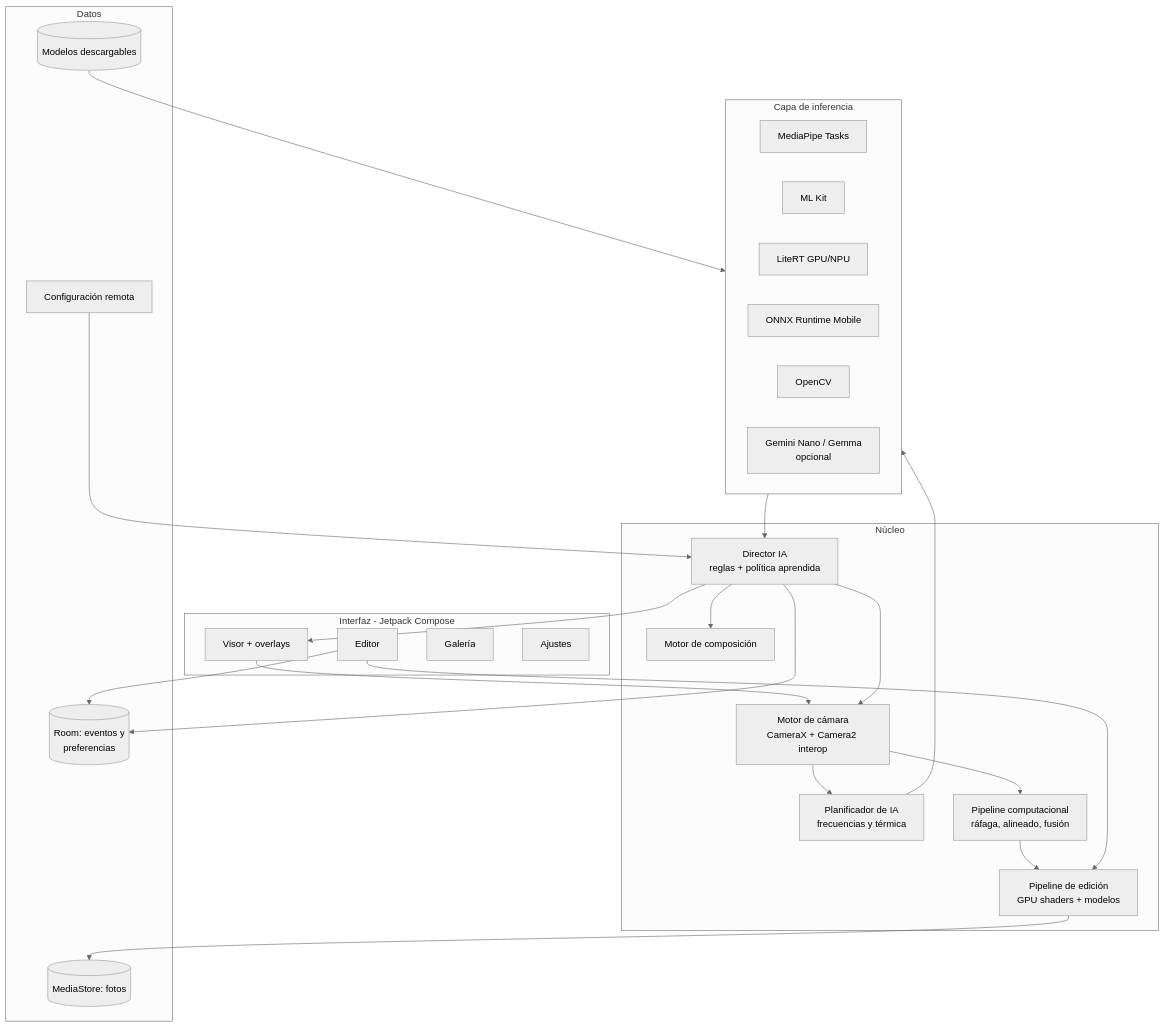
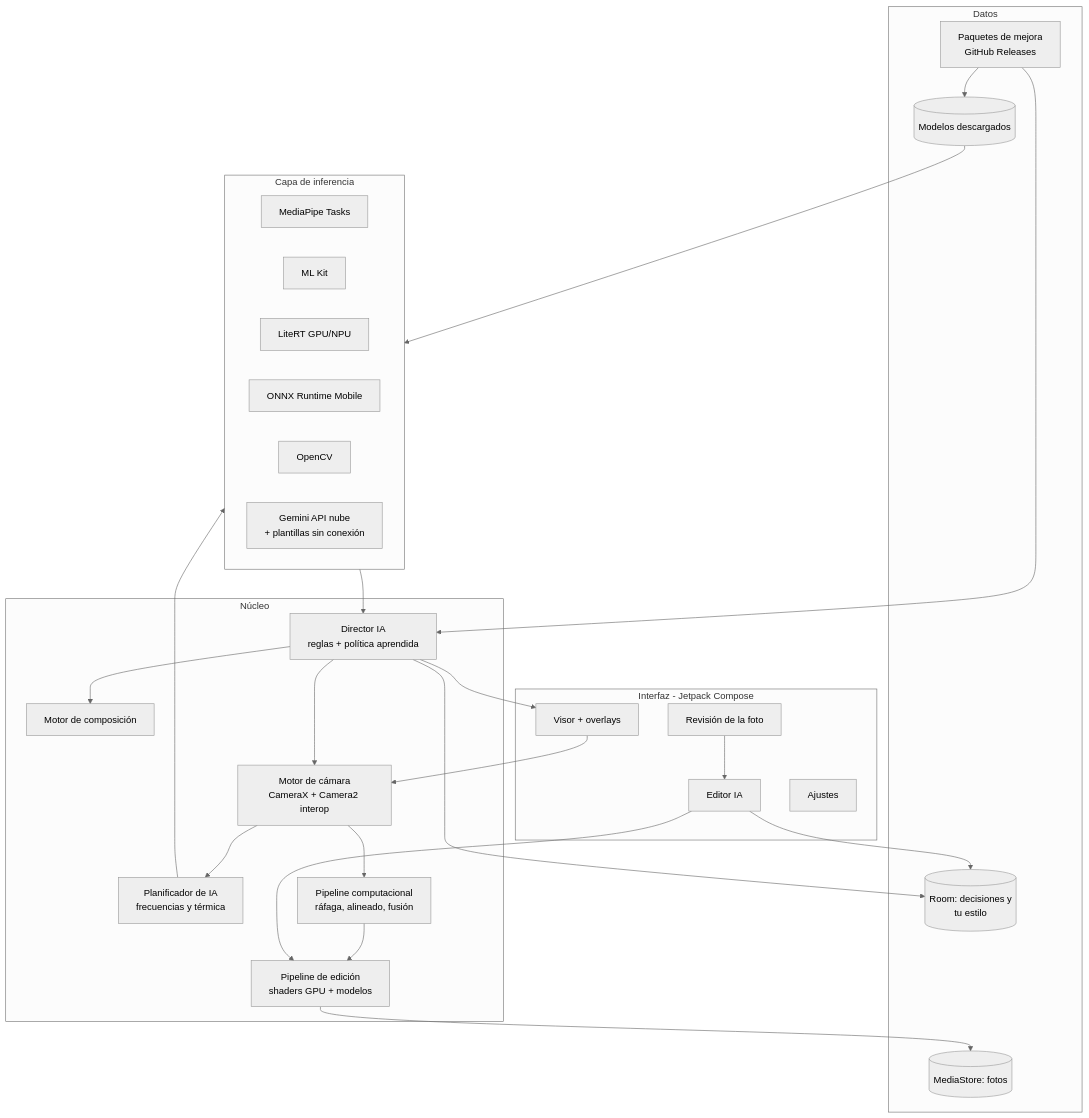
One commit to oscarmate936/IA-C-mara- changed the second of 2 diagrams in docs/PLAN.md. Above: the diagram before and after it, drawn with Mermaid (neutral theme). The commit also changed other lines of this file and 1 other file, not shown here.

````diff
--- a/docs/PLAN.md
+++ b/docs/PLAN.md
@@ -87,43 +138,44 @@
 ```mermaid
 flowchart TB
     subgraph UI[Interfaz - Jetpack Compose]
         VF[Visor + overlays]
-        ED[Editor]
-        GA[Galería]
+        RV[Revisión de la foto]
+        ED[Editor IA]
         ST[Ajustes]
     end
     subgraph CORE[Núcleo]
         CAM[Motor de cámara<br/>CameraX + Camera2 interop]
         SCH[Planificador de IA<br/>frecuencias y térmica]
         DIR[Director IA<br/>reglas + política aprendida]
         COMP[Motor de composición]
         CPIPE[Pipeline computacional<br/>ráfaga, alineado, fusión]
-        EPIPE[Pipeline de edición<br/>GPU shaders + modelos]
+        EPIPE[Pipeline de edición<br/>shaders GPU + modelos]
     end
     subgraph AI[Capa de inferencia]
         MP[MediaPipe Tasks]
         MLK[ML Kit]
         LRT[LiteRT GPU/NPU]
         ONNX[ONNX Runtime Mobile]
         CV[OpenCV]
-        LLM[Gemini Nano / Gemma<br/>opcional]
+        LLM[Gemini API nube<br/>+ plantillas sin conexión]
     end
     subgraph DATA[Datos]
-        ROOM[(Room: eventos y<br/>preferencias)]
+        ROOM[(Room: decisiones y<br/>tu estilo)]
         MS[(MediaStore: fotos)]
-        MODELS[(Modelos descargables)]
-        RC[Configuración remota]
+        MODELS[(Modelos descargados)]
+        PK[Paquetes de mejora<br/>GitHub Releases]
     end
     VF --> CAM
     CAM --> SCH --> AI
     AI --> DIR
     DIR --> COMP
     DIR --> CAM
     DIR --> VF
     CAM --> CPIPE --> EPIPE --> MS
-    ED --> EPIPE
+    RV --> ED --> EPIPE
     DIR --> ROOM
     ED --> ROOM
-    RC --> DIR
+    PK --> MODELS
+    PK --> DIR
     MODELS --> AI
 ```
````
